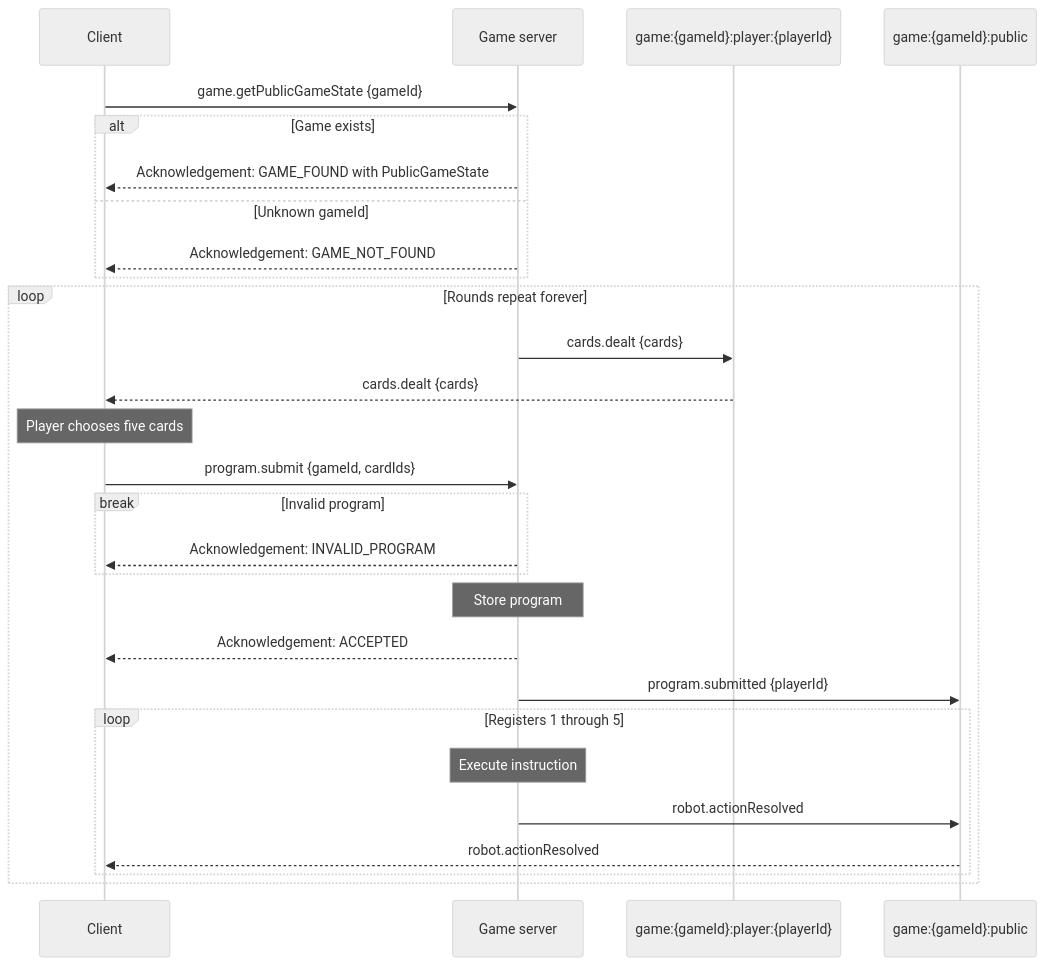
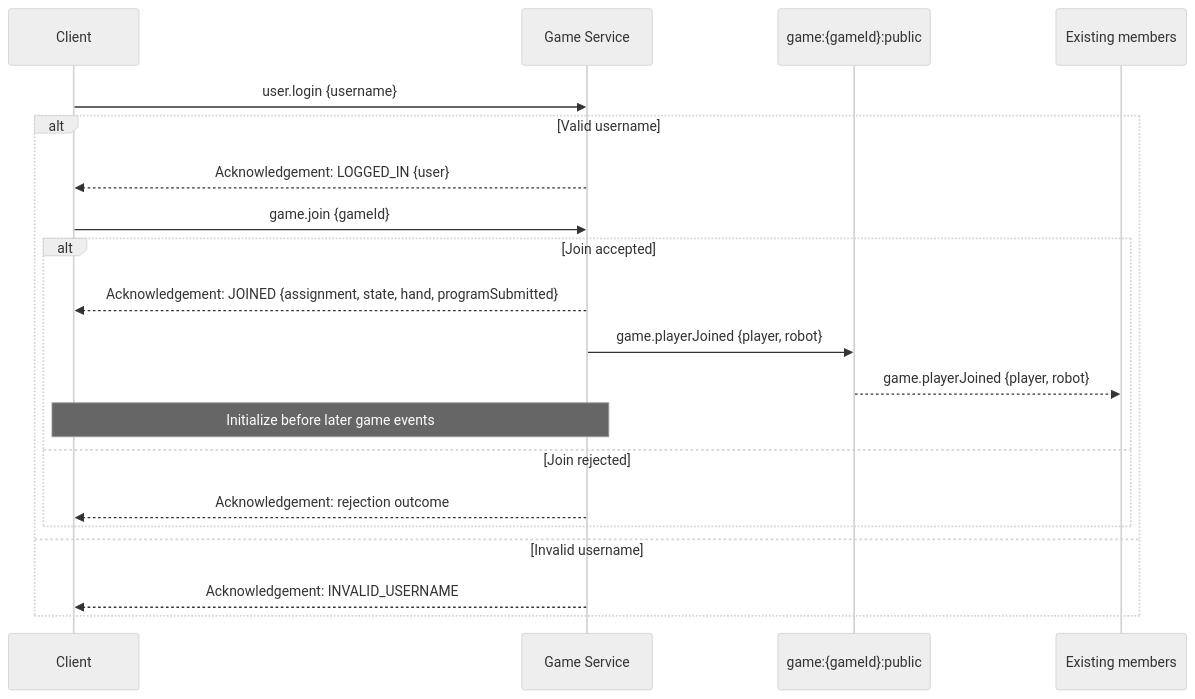
The first of 2 diagrams in docs/Communication.md (hananinas/RoboRally), drawn with Mermaid (neutral theme) before and after one commit. The commit also changed other lines of this file and 4 other files, not shown here.

````diff
--- a/docs/Communication.md
+++ b/docs/Communication.md
@@ -20,38 +26,23 @@
 ```mermaid
-
 sequenceDiagram
     participant Client
-    participant Server as Game server
-    participant Private as game:{gameId}:player:{playerId}
+    participant Server as Game Service
     participant Public as game:{gameId}:public
+    participant Others as Existing members
 
-    Client->>Server: game.getPublicGameState {gameId}
-    alt Game exists
-        Server-->>Client: Acknowledgement: GAME_FOUND with PublicGameState
-    else Unknown gameId
-        Server-->>Client: Acknowledgement: GAME_NOT_FOUND
+    Client->>Server: user.login {username}
+    alt Valid username
+        Server-->>Client: Acknowledgement: LOGGED_IN {user}
+        Client->>Server: game.join {gameId}
+        alt Join accepted
+            Server-->>Client: Acknowledgement: JOINED {assignment, state, hand, programSubmitted}
+            Server->>Public: game.playerJoined {player, robot}
+            Public-->>Others: game.playerJoined {player, robot}
+            Note over Client,Server: Initialize before later game events
+        else Join rejected
+            Server-->>Client: Acknowledgement: rejection outcome
+        end
+    else Invalid username
+        Server-->>Client: Acknowledgement: INVALID_USERNAME
     end
-
-    loop Rounds repeat forever
-        Server->>Private: cards.dealt {cards}
-        Private-->>Client: cards.dealt {cards}
-
-        Note over Client: Player chooses five cards
-        Client->>Server: program.submit {gameId, cardIds}
-
-        break Invalid program
-            Server-->>Client: Acknowledgement: INVALID_PROGRAM
-        end
-          
-        Note over Server: Store program
-        Server-->>Client: Acknowledgement: ACCEPTED
-        Server->>Public: program.submitted {playerId}
-
-        loop Registers 1 through 5
-            Note over Server: Execute instruction
-            Server->>Public: robot.actionResolved
-            Public-->>Client: robot.actionResolved
-        end
-    end
-
 ```
````
